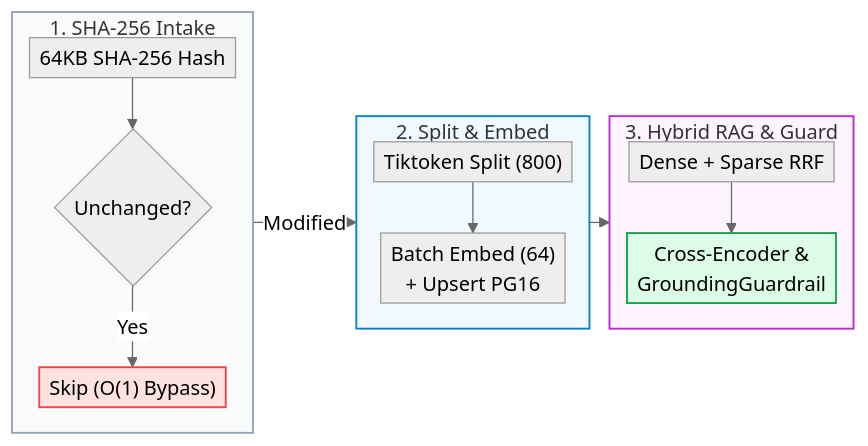
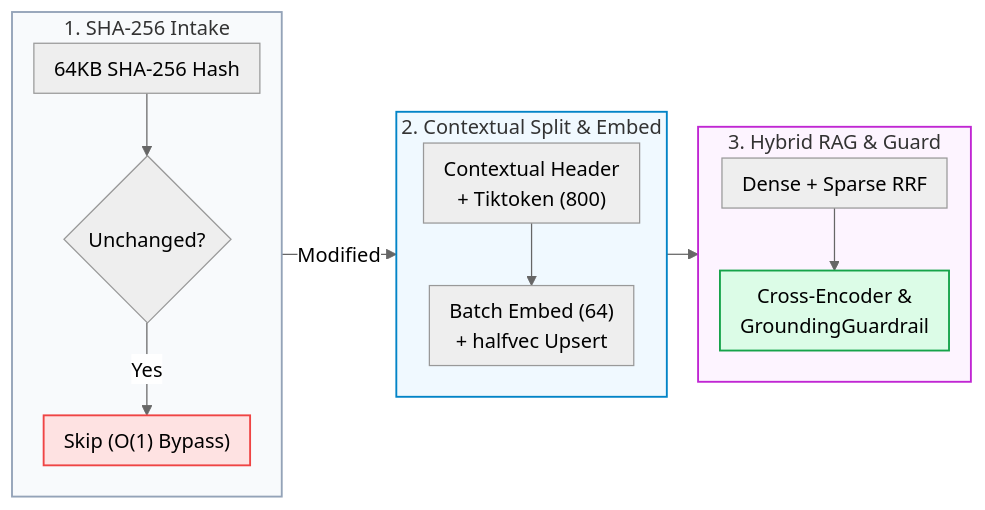
Before and after one commit to Kenono2000/enterprise-rag-pgvector-rbac: the fifth of 7 diagrams in README.md, drawn with Mermaid (neutral theme). The commit also changed other lines of this file and 10 other files, not shown here.

````diff
--- a/README.md
+++ b/README.md
@@ -123,24 +124,24 @@
 ```mermaid
-%%{init: {'flowchart': {'nodeSpacing': 8, 'rankSpacing': 16, 'padding': 4}}}%%
+%%{init: {'flowchart': {'nodeSpacing': 15, 'rankSpacing': 25, 'padding': 8}}}%%
 flowchart LR
     subgraph Stage1 ["1. SHA-256 Intake"]
         direction TB
         Hash["64KB SHA-256 Hash"] --> Check{"Unchanged?"}
         Check -->|Yes| Skip["Skip (O(1) Bypass)"]
     end
-    subgraph Stage2 ["2. Split & Embed"]
+    subgraph Stage2 ["2. Contextual Split & Embed"]
         direction TB
-        Split["Tiktoken Split (800)"] --> Embed["Batch Embed (64)<br/>+ Upsert PG16"]
+        Split["Contextual Header<br/>+ Tiktoken (800)"] --> Embed["Batch Embed (64)<br/>+ halfvec Upsert"]
     end
     subgraph Stage3 ["3. Hybrid RAG & Guard"]
         direction TB
         RRF["Dense + Sparse RRF"] --> Guard["Cross-Encoder &<br/>GroundingGuardrail"]
     end
     Check -->|Modified| Split
     Embed --> RRF
     style Stage1 fill:#f8fafc,stroke:#94a3b8,stroke-width:1.5px
     style Stage2 fill:#f0f9ff,stroke:#0284c7,stroke-width:1.5px
     style Stage3 fill:#fdf4ff,stroke:#c026d3,stroke-width:1.5px
     style Skip fill:#fee2e2,stroke:#ef4444,stroke-width:1.5px
     style Guard fill:#dcfce7,stroke:#16a34a,stroke-width:1.5px
 ```
````
